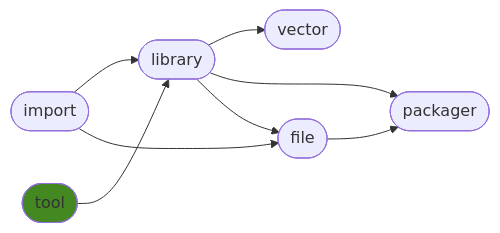
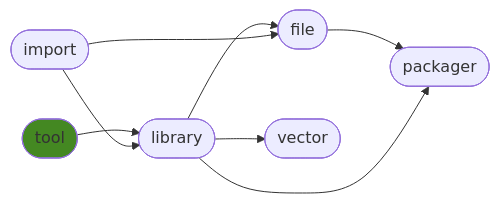
The diagram in README.md (ManderaGeneral/generaltool), drawn with Mermaid before and after one commit. The commit also changed other lines of this file, not shown here.

````diff
--- a/README.md
+++ b/README.md
@@ -23,17 +23,17 @@
 ```mermaid
 flowchart LR
 3([file]) --> 5([packager])
+2([library]) --> 4([vector])
+2([library]) --> 5([packager])
 1([tool]) --> 2([library])
-2([library]) --> 4([vector])
-0([import]) --> 2([library])
-2([library]) --> 5([packager])
 2([library]) --> 3([file])
 0([import]) --> 3([file])
+0([import]) --> 2([library])
 click 0 "https://github.com/ManderaGeneral/generalimport"
 click 1 "https://github.com/ManderaGeneral/generaltool"
 click 2 "https://github.com/ManderaGeneral/generallibrary"
 click 3 "https://github.com/ManderaGeneral/generalfile"
 click 4 "https://github.com/ManderaGeneral/generalvector"
 click 5 "https://github.com/ManderaGeneral/generalpackager"
 style 1 fill:#482
 ```
````
